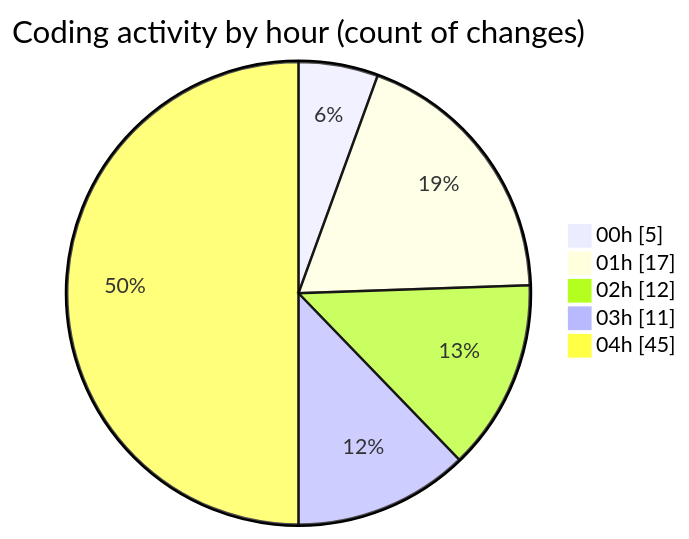
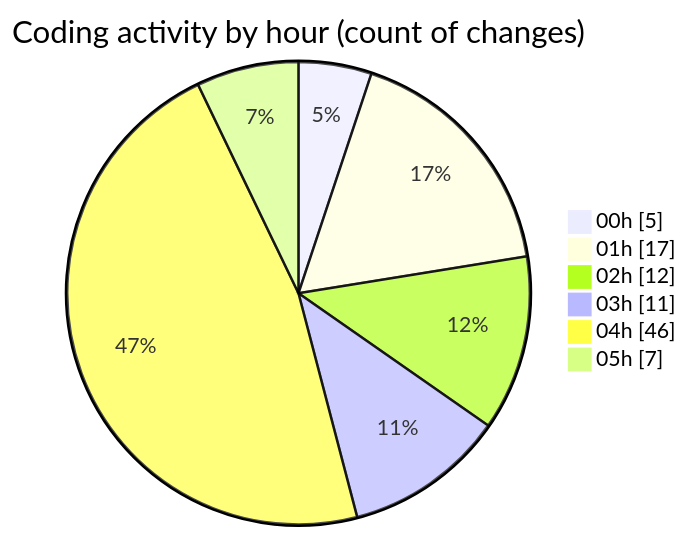
The second of 2 diagrams in 2025-08-04/tw-server/README.md (EIIisD/code-tracking), drawn with Mermaid before and after one commit. The commit also changed other lines of this file and 1 other file, not shown here.

````diff
--- a/2025-08-04/tw-server/README.md
+++ b/2025-08-04/tw-server/README.md
@@ -38,9 +38,10 @@
 ```mermaid
 pie showData
 title Coding activity by hour (count of changes)
 "00h" : 5
 "01h" : 17
 "02h" : 12
 "03h" : 11
-"04h" : 45
+"04h" : 46
+"05h" : 7
 ```
````
